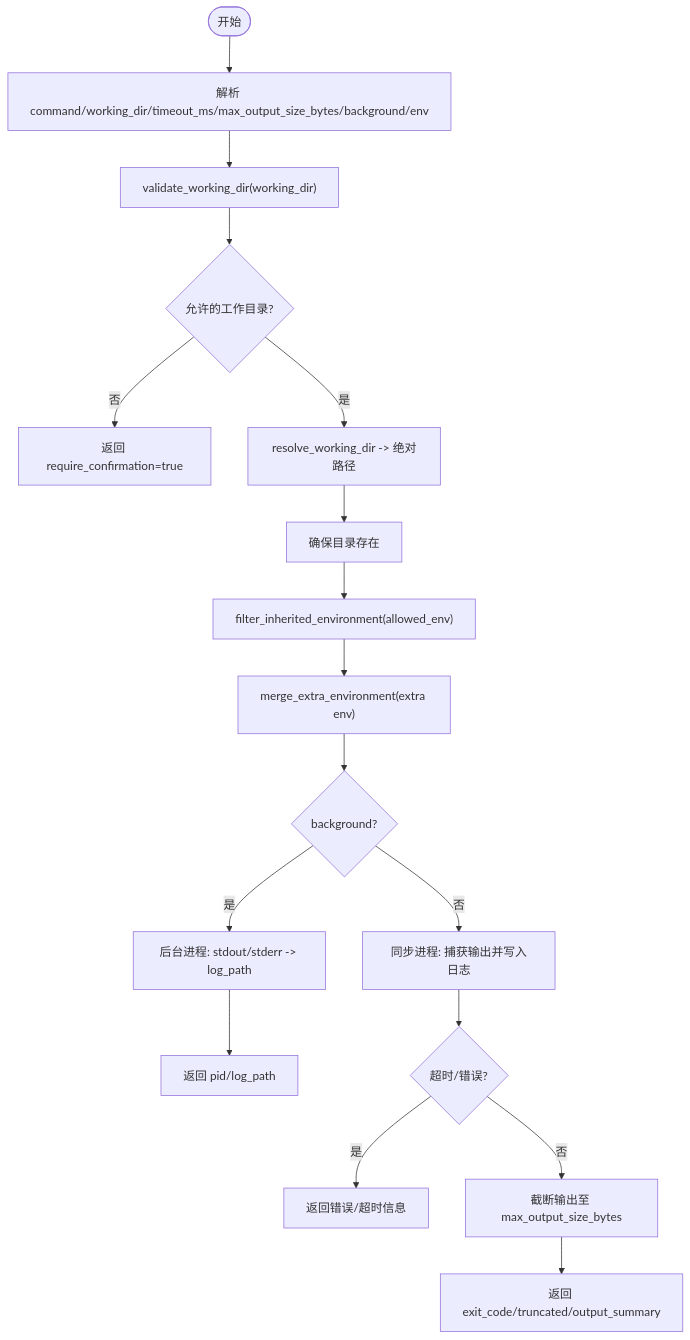
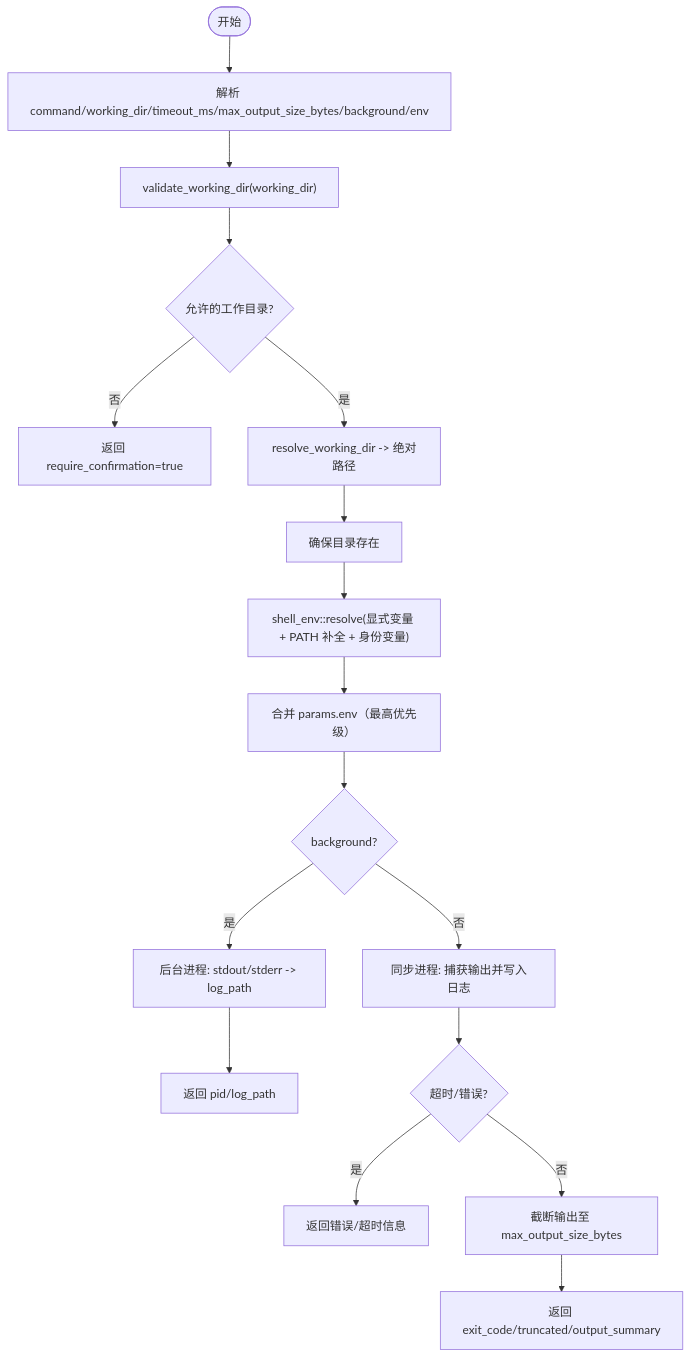
The seventh of 8 diagrams in docs/wiki/zh/content/基础设施/工具注册表/内置工具系统/内置工具系统.md (runningcoders/ai_orz), drawn with Mermaid before and after one commit. The commit also changed 14 other files, not shown here.

First line of the commit message:
feat(tool): shell 子进程环境变量治理 — 统一出口 shell_env + PATH 补全 + HOME 策略

````diff
--- a/docs/wiki/zh/content/基础设施/工具注册表/内置工具系统/内置工具系统.md
+++ b/docs/wiki/zh/content/基础设施/工具注册表/内置工具系统/内置工具系统.md
@@ -287,19 +287,19 @@
 ```mermaid
 flowchart TD
 Start(["开始"]) --> ParseParams["解析 command/working_dir/timeout_ms/max_output_size_bytes/background/env"]
 ParseParams --> ValidateWD["validate_working_dir(working_dir)"]
 ValidateWD --> WDAllowed{"允许的工作目录?"}
 WDAllowed --> |否| ReturnConfirm["返回 require_confirmation=true"]
 WDAllowed --> |是| ResolveWD["resolve_working_dir -> 绝对路径"]
 ResolveWD --> EnsureDir["确保目录存在"]
-EnsureDir --> EnvFilter["filter_inherited_environment(allowed_env)"]
-EnvFilter --> MergeEnv["merge_extra_environment(extra env)"]
+EnsureDir --> EnvFilter["shell_env::resolve(显式变量 + PATH 补全 + 身份变量)"]
+EnvFilter --> MergeEnv["合并 params.env（最高优先级）"]
 MergeEnv --> Mode{"background?"}
 Mode --> |是| SpawnBG["后台进程: stdout/stderr -> log_path"]
 Mode --> |否| SpawnSync["同步进程: 捕获输出并写入日志"]
 SpawnBG --> ReturnBG["返回 pid/log_path"]
 SpawnSync --> TimeoutCheck{"超时/错误?"}
 TimeoutCheck --> |是| ReturnErr["返回错误/超时信息"]
 TimeoutCheck --> |否| Truncate["截断输出至 max_output_size_bytes"]
 Truncate --> ReturnSync["返回 exit_code/truncated/output_summary"]
 ```
````
